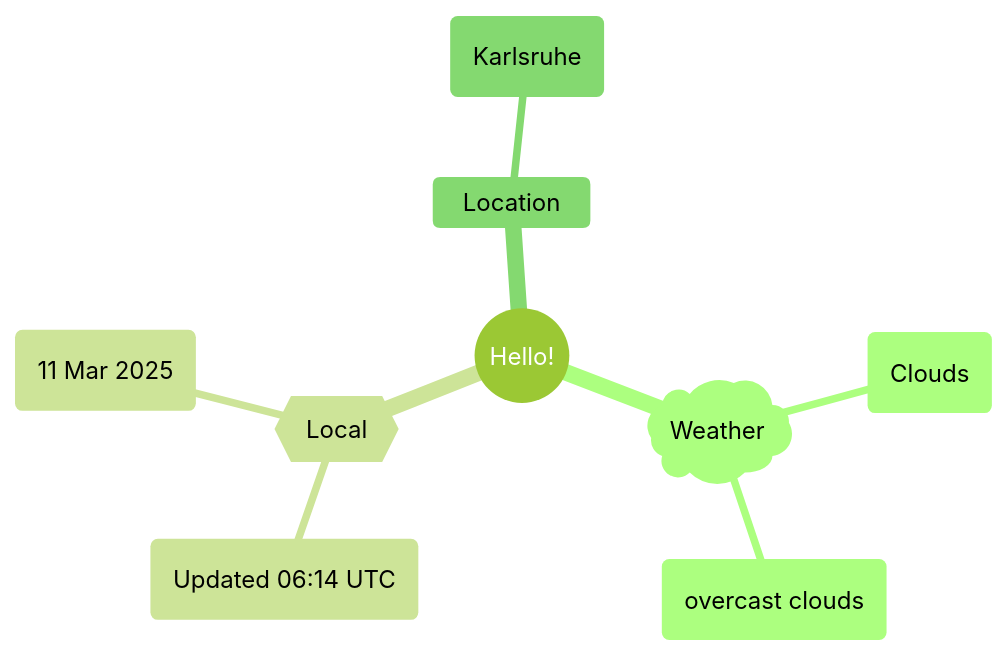
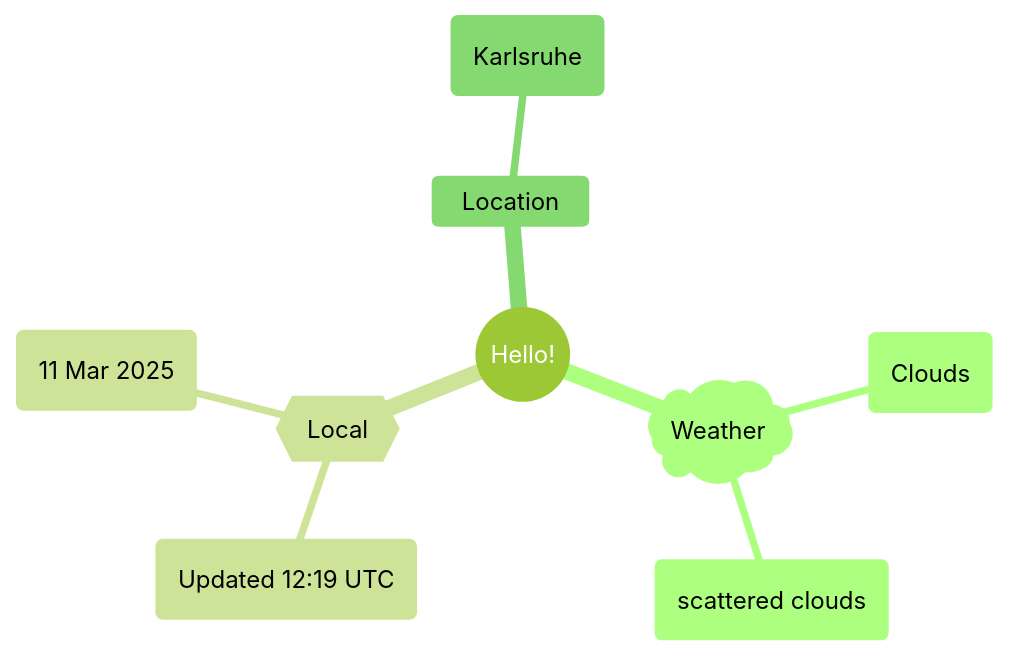
Before and after one commit to Xosrov/Xosrov: the first of 2 diagrams in README.md, drawn with Mermaid (forest theme).

Commit message:
[bot] updated images

````diff
--- a/README.md
+++ b/README.md
@@ -3,12 +3,12 @@
 ```mermaid
 mindmap
   root((Hello!))
     )Weather(
         (Clouds)
-        (overcast clouds)
+        (scattered clouds)
     {{Local}}
-        (Updated 06:14 UTC)
+        (Updated 12:19 UTC)
         (11 Mar 2025)
     Location
         (Karlsruhe)
 ```
````
